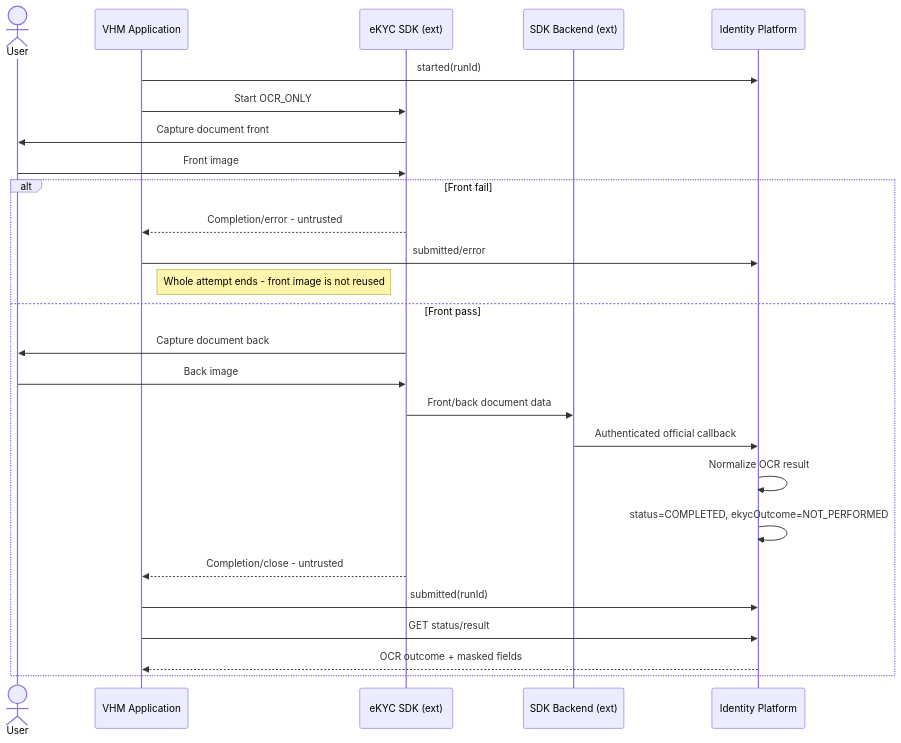
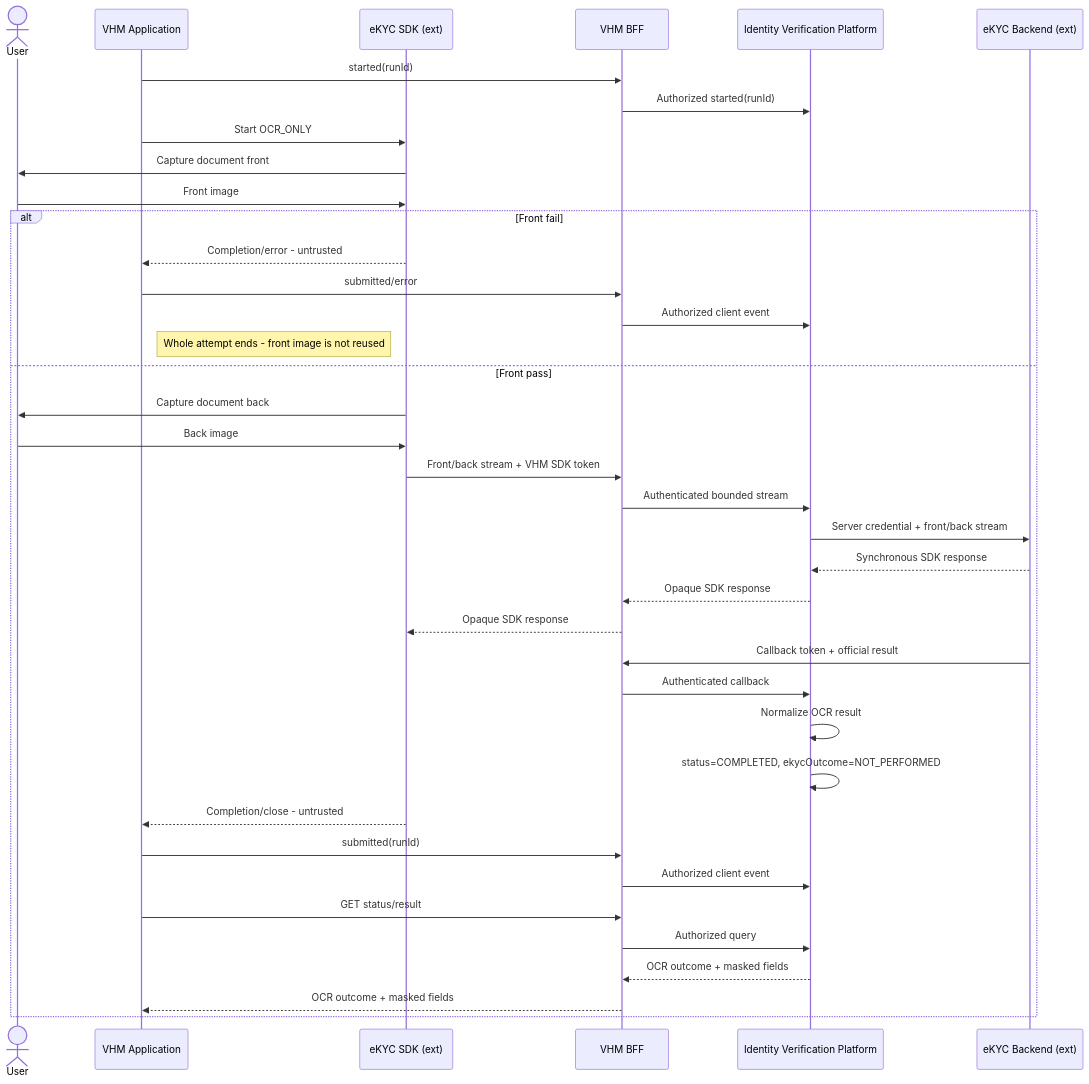
Diagram 14 of 23 in README.md (huynv-xyz/vhm), drawn with Mermaid before and after one commit. The commit also changed other lines of this file, not shown here.

````diff
--- a/README.md
+++ b/README.md
@@ -1758,28 +1873,40 @@
 ```mermaid
 sequenceDiagram
     actor User
     participant APP as VHM Application
     participant SDK as eKYC SDK (ext)
-    participant BACKEND as SDK Backend (ext)
-    participant IV as Identity Platform
-    APP->>IV: started(runId)
+    participant BFF as VHM BFF
+    participant IV as Identity Verification Platform
+    participant BACKEND as eKYC Backend (ext)
+    APP->>BFF: started(runId)
+    BFF->>IV: Authorized started(runId)
     APP->>SDK: Start OCR_ONLY
     SDK->>User: Capture document front
     User->>SDK: Front image
     alt Front fail
         SDK-->>APP: Completion/error - untrusted
-        APP->>IV: submitted/error
+        APP->>BFF: submitted/error
+        BFF->>IV: Authorized client event
         Note right of APP: Whole attempt ends - front image is not reused
     else Front pass
         SDK->>User: Capture document back
         User->>SDK: Back image
-        SDK->>BACKEND: Front/back document data
-        BACKEND->>IV: Authenticated official callback
+        SDK->>BFF: Front/back stream + VHM SDK token
+        BFF->>IV: Authenticated bounded stream
+        IV->>BACKEND: Server credential + front/back stream
+        BACKEND-->>IV: Synchronous SDK response
+        IV-->>BFF: Opaque SDK response
+        BFF-->>SDK: Opaque SDK response
+        BACKEND->>BFF: Callback token + official result
+        BFF->>IV: Authenticated callback
         IV->>IV: Normalize OCR result
         IV->>IV: status=COMPLETED, ekycOutcome=NOT_PERFORMED
         SDK-->>APP: Completion/close - untrusted
-        APP->>IV: submitted(runId)
-        APP->>IV: GET status/result
-        IV-->>APP: OCR outcome + masked fields
+        APP->>BFF: submitted(runId)
+        BFF->>IV: Authorized client event
+        APP->>BFF: GET status/result
+        BFF->>IV: Authorized query
+        IV-->>BFF: OCR outcome + masked fields
+        BFF-->>APP: OCR outcome + masked fields
     end
 ```
````
